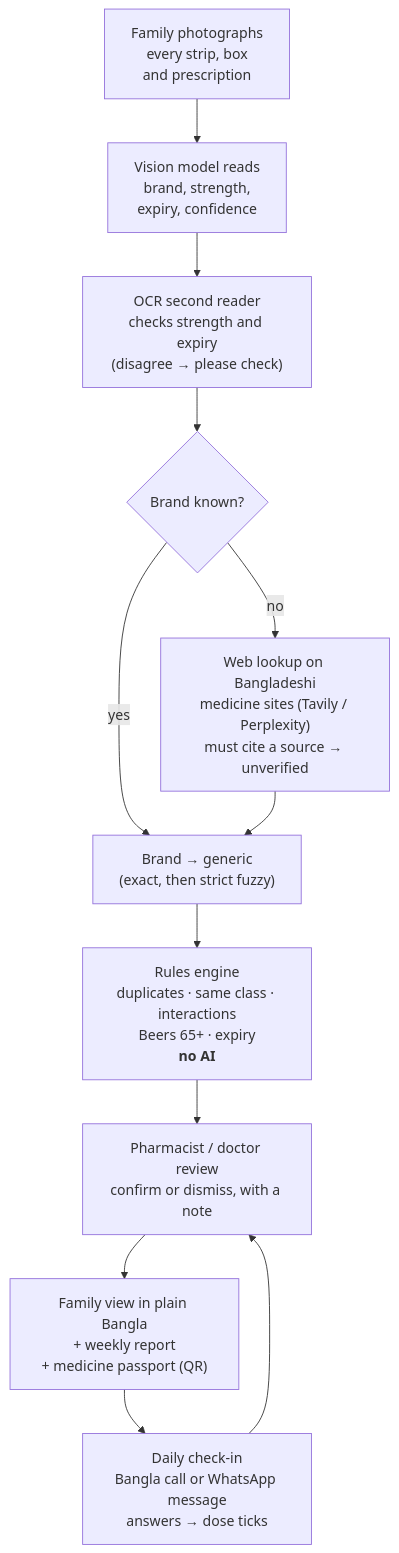
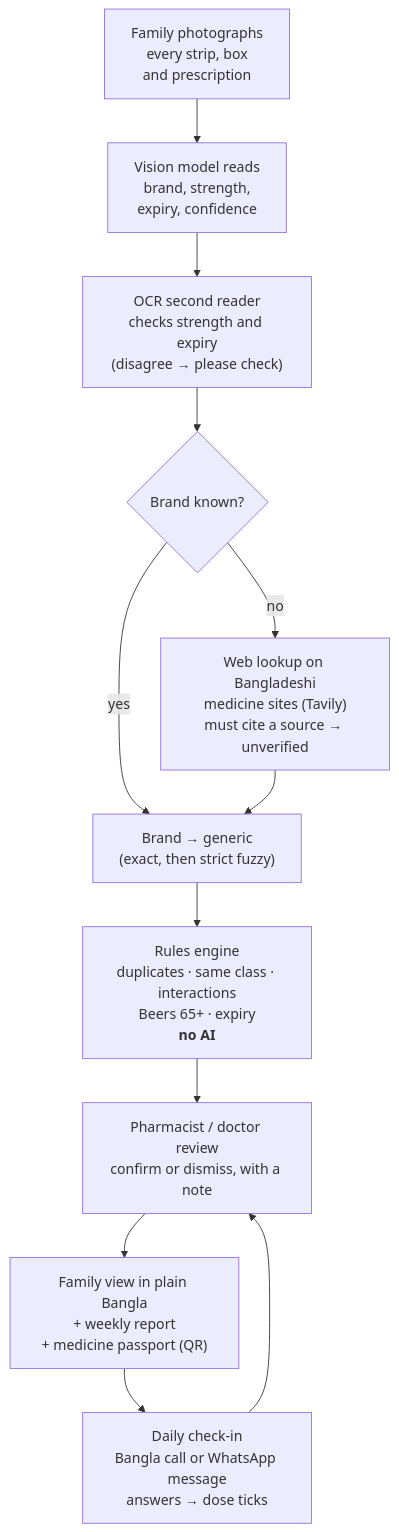
Before and after one commit to ProttoyDip/OushodhSathi-: the first of 2 diagrams in README.md, drawn with Mermaid. The commit also changed other lines of this file and 6 other files, not shown here.

First line of the commit message:
Unknown-brand lookup: Tavily only by default

````diff
--- a/README.md
+++ b/README.md
@@ -44,14 +44,14 @@
 ```mermaid
 flowchart TD
     A["Family photographs<br/>every strip, box<br/>and prescription"] --> B["Vision model reads<br/>brand, strength,<br/>expiry, confidence"]
     B --> Q["OCR second reader<br/>checks strength and expiry<br/>(disagree → please check)"]
     Q --> C{"Brand known?"}
     C -- "yes" --> D["Brand → generic<br/>(exact, then strict fuzzy)"]
-    C -- "no" --> W["Web lookup on Bangladeshi<br/>medicine sites (Tavily / Perplexity)<br/>must cite a source → unverified"]
+    C -- "no" --> W["Web lookup on Bangladeshi<br/>medicine sites (Tavily)<br/>must cite a source → unverified"]
     W --> D
     D --> E["Rules engine<br/>duplicates · same class · interactions<br/>Beers 65+ · expiry<br/><b>no AI</b>"]
     E --> F["Pharmacist / doctor review<br/>confirm or dismiss, with a note"]
     F --> G["Family view in plain Bangla<br/>+ weekly report<br/>+ medicine passport (QR)"]
     G --> H["Daily check-in<br/>Bangla call or WhatsApp message<br/>answers → dose ticks"]
     H --> F
 ```
````
